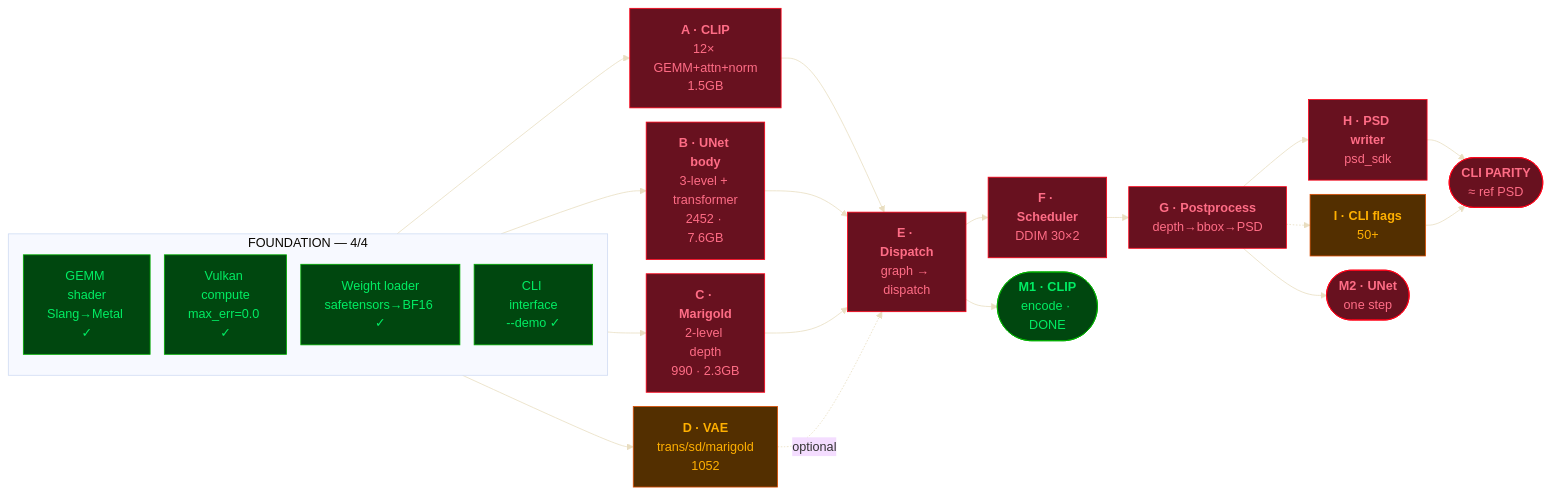
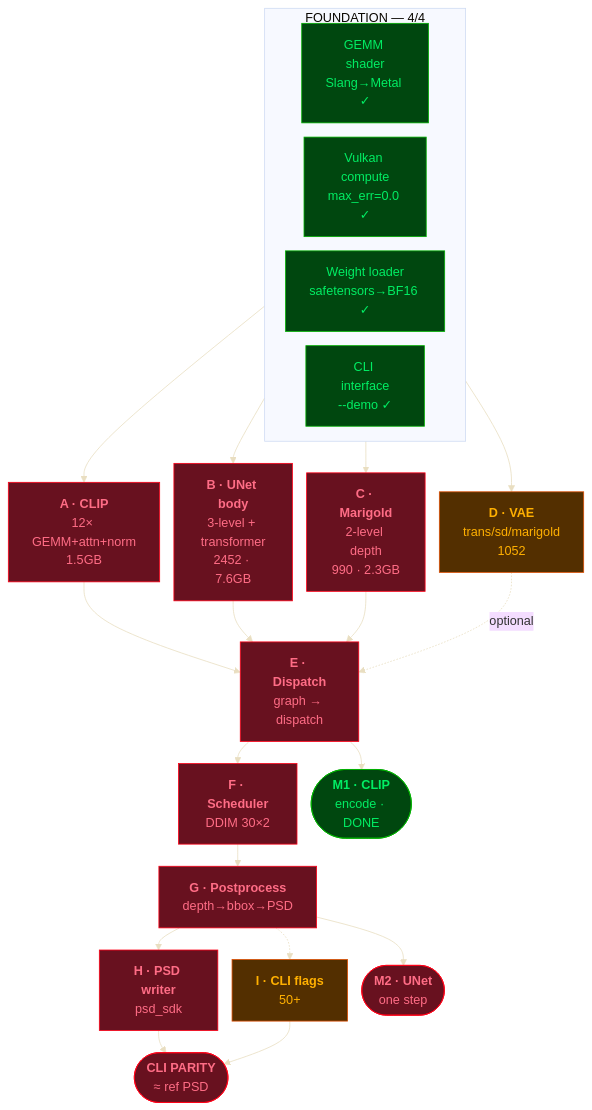
Before and after one commit to weftspun/see-through-verify: the diagram in decisions/0007-cli-parity.qmd, drawn with Mermaid.

Commit message:
Render PERT diagram top-to-bottom (flowchart TB) so the wide diagram scrolls vertically instead of horizontally

````diff
--- a/decisions/0007-cli-parity.qmd
+++ b/decisions/0007-cli-parity.qmd
@@ -14,63 +14,63 @@
 ```{mermaid}
 %%{init: {"theme": "base", "themeVariables": {
   "background": "#16213e",
   "fontFamily": "SF Mono, Menlo, Monaco, monospace"
 }, "flowchart": {
   "curve": "basis",
   "nodeSpacing": 18,
   "rankSpacing": 28,
   "wrappingWidth": 90,
   "useMaxWidth": true,
   "htmlLabels": true
 }} }%%
-flowchart LR
+flowchart TB
     %% Foundation (done)
     subgraph Foundation["FOUNDATION — 4/4"]
         G0[GEMM shader<br/>Slang→Metal ✓]:::done
         V0[Vulkan compute<br/>max_err=0.0 ✓]:::done
         W0[Weight loader<br/>safetensors→BF16 ✓]:::done
         C0[CLI interface<br/>--demo ✓]:::done
     end
 
     %% Shader coverage — parallel
     A[<b>A · CLIP</b><br/>12× GEMM+attn+norm<br/>1.5GB]:::onpath
     B[<b>B · UNet body</b><br/>3-level + transformer<br/>2452 · 7.6GB]:::onpath
     C[<b>C · Marigold</b><br/>2-level depth<br/>990 · 2.3GB]:::onpath
     D[<b>D · VAE</b><br/>trans/sd/marigold<br/>1052]:::offpath
 
     Foundation --> A
     Foundation --> B
     Foundation --> C
     Foundation --> D
 
     %% Critical path
     E[<b>E · Dispatch</b><br/>graph → dispatch]:::flow
     F[<b>F · Scheduler</b><br/>DDIM 30×2]:::flow
     G[<b>G · Postprocess</b><br/>depth→bbox→PSD]:::flow
     H[<b>H · PSD writer</b><br/>psd_sdk]:::flow
     I[<b>I · CLI flags</b><br/>50+]:::offpath
 
     A --> E
     B --> E
     C --> E
     D -. optional .-> E
 
     E --> F --> G
     G --> H
     G -.-> I
 
     %% Milestones
     M1([<b>M1 · CLIP</b><br/>encode · DONE]):::done
     M2([<b>M2 · UNet</b><br/>one step]):::flow
     P([<b>CLI PARITY</b><br/>≈ ref PSD]):::flow
 
     E --> M1
     G --> M2
     H --> P
     I --> P
 
     classDef done fill:#00470f,stroke:#00b000,color:#00ed64
     classDef onpath fill:#68111f,stroke:#ff0017,color:#ff6d86
     classDef flow fill:#68111f,stroke:#ff0017,color:#ff6d86
     classDef offpath fill:#532f00,stroke:#dc4e00,color:#ffb000
 ```
````
